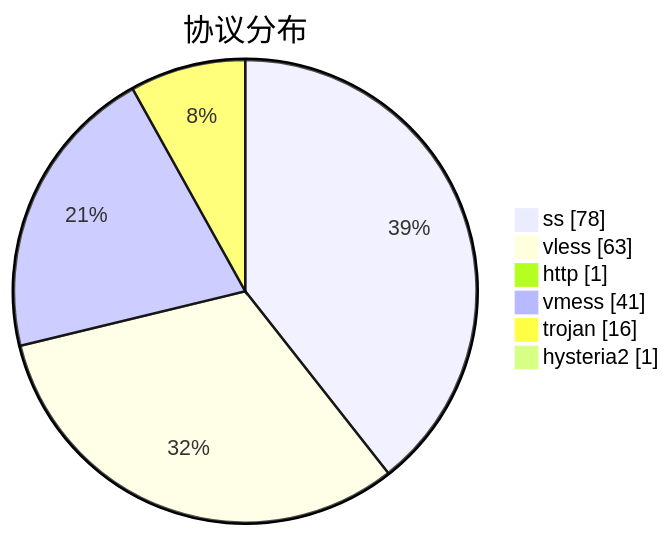
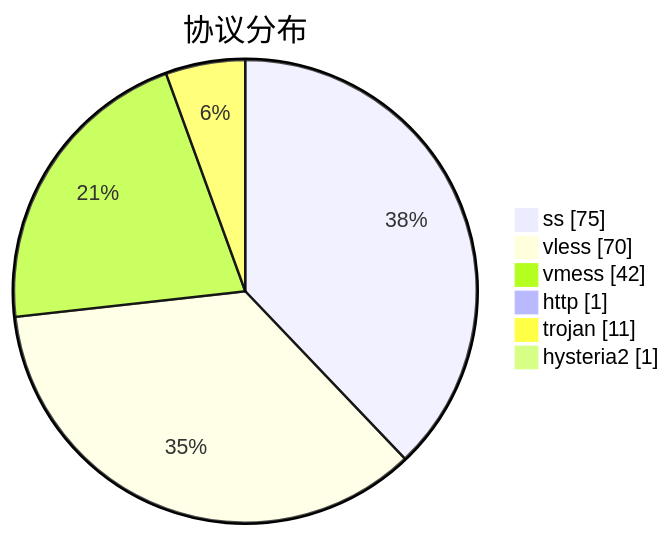
Before and after one commit to qjlxg/airport: the third of 3 diagrams in subs/statistics/tested_within.md, drawn with Mermaid. The commit also changed other lines of this file and 2 other files, not shown here.

````diff
--- a/subs/statistics/tested_within.md
+++ b/subs/statistics/tested_within.md
@@ -29,10 +27,10 @@
 ```mermaid
 pie showData
 title 协议分布
-"ss" : 78
-"vless" : 63
+"ss" : 75
+"vless" : 70
+"vmess" : 42
 "http" : 1
-"vmess" : 41
-"trojan" : 16
+"trojan" : 11
 "hysteria2" : 1
 ```
````
